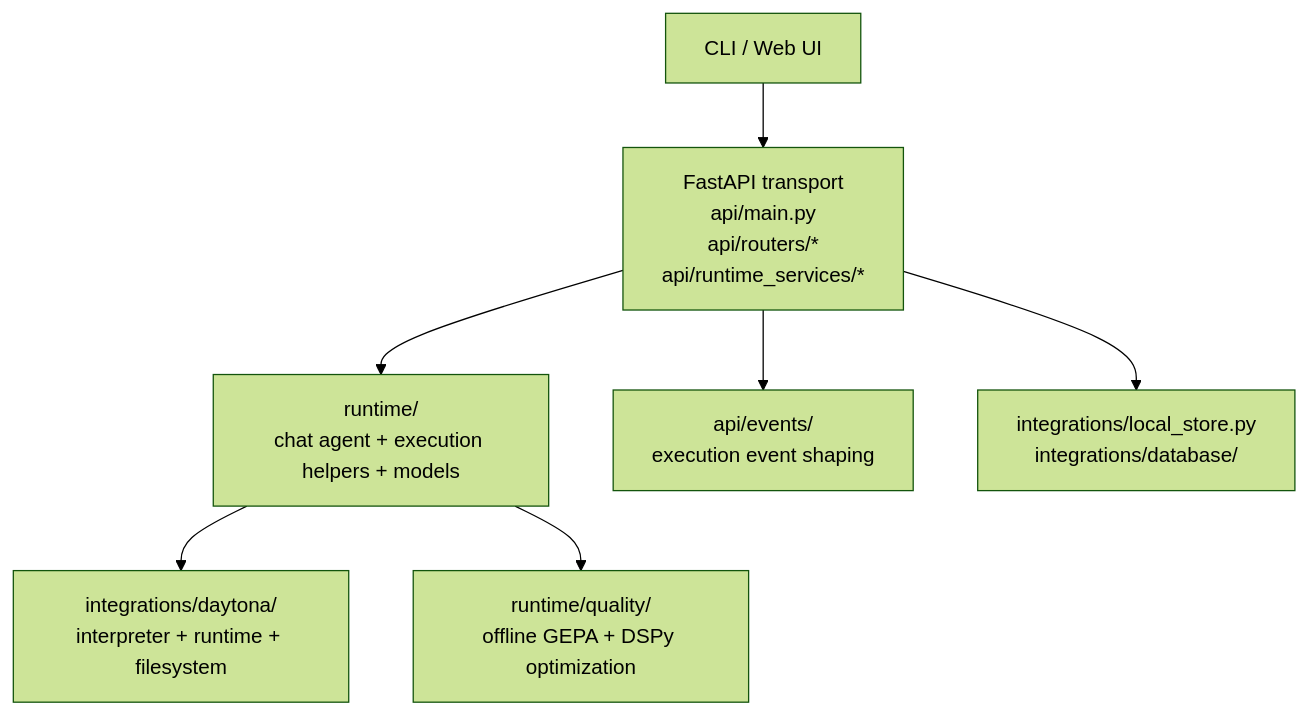
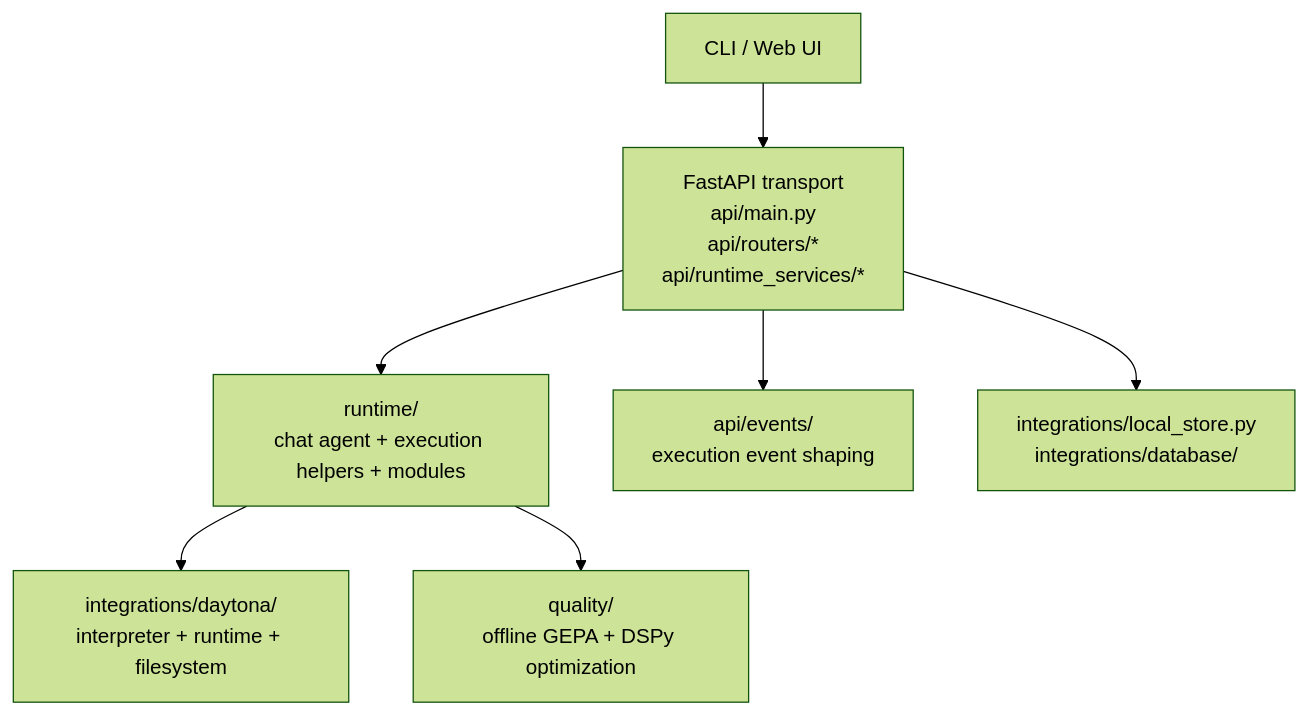
Before and after one commit to Qredence/fleet-rlm: the diagram in docs/architecture.md, drawn with Mermaid (forest theme). The commit also changed other lines of this file and 24 other files, not shown here.

````diff
--- a/docs/architecture.md
+++ b/docs/architecture.md
@@ -25,9 +25,9 @@
 ```mermaid
 graph TB
     CLIENTS["CLI / Web UI"] --> API["FastAPI transport\napi/main.py\napi/routers/*\napi/runtime_services/*"]
-    API --> RUNTIME["runtime/\nchat agent + execution helpers + models"]
+    API --> RUNTIME["runtime/\nchat agent + execution helpers + modules"]
     RUNTIME --> DAYTONA["integrations/daytona/\ninterpreter + runtime + filesystem"]
     API --> EVENTS["api/events/\nexecution event shaping"]
     API --> PERSISTENCE["integrations/local_store.py\nintegrations/database/"]
-    RUNTIME --> QUALITY["runtime/quality/\noffline GEPA + DSPy optimization"]
+    RUNTIME --> QUALITY["quality/\noffline GEPA + DSPy optimization"]
 ```
````
